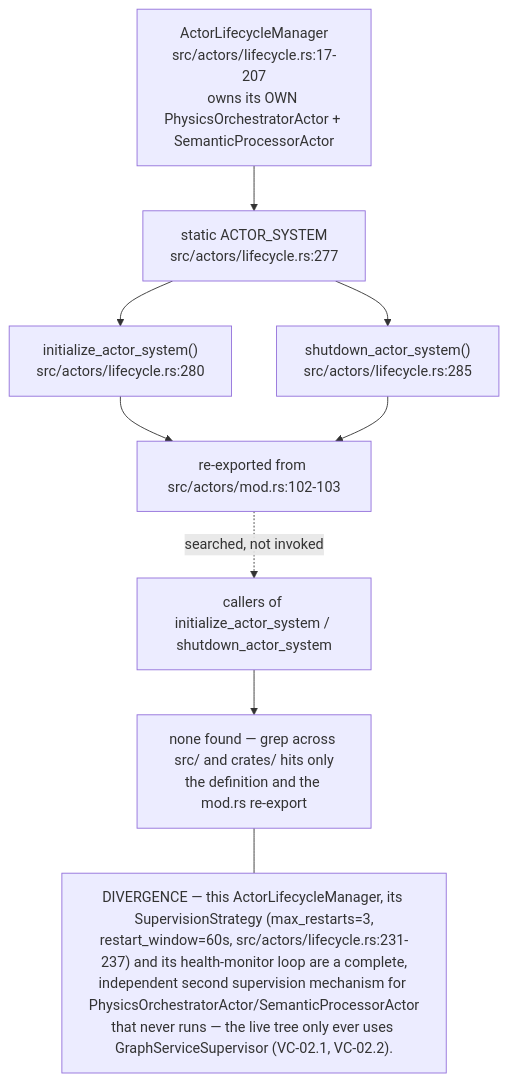
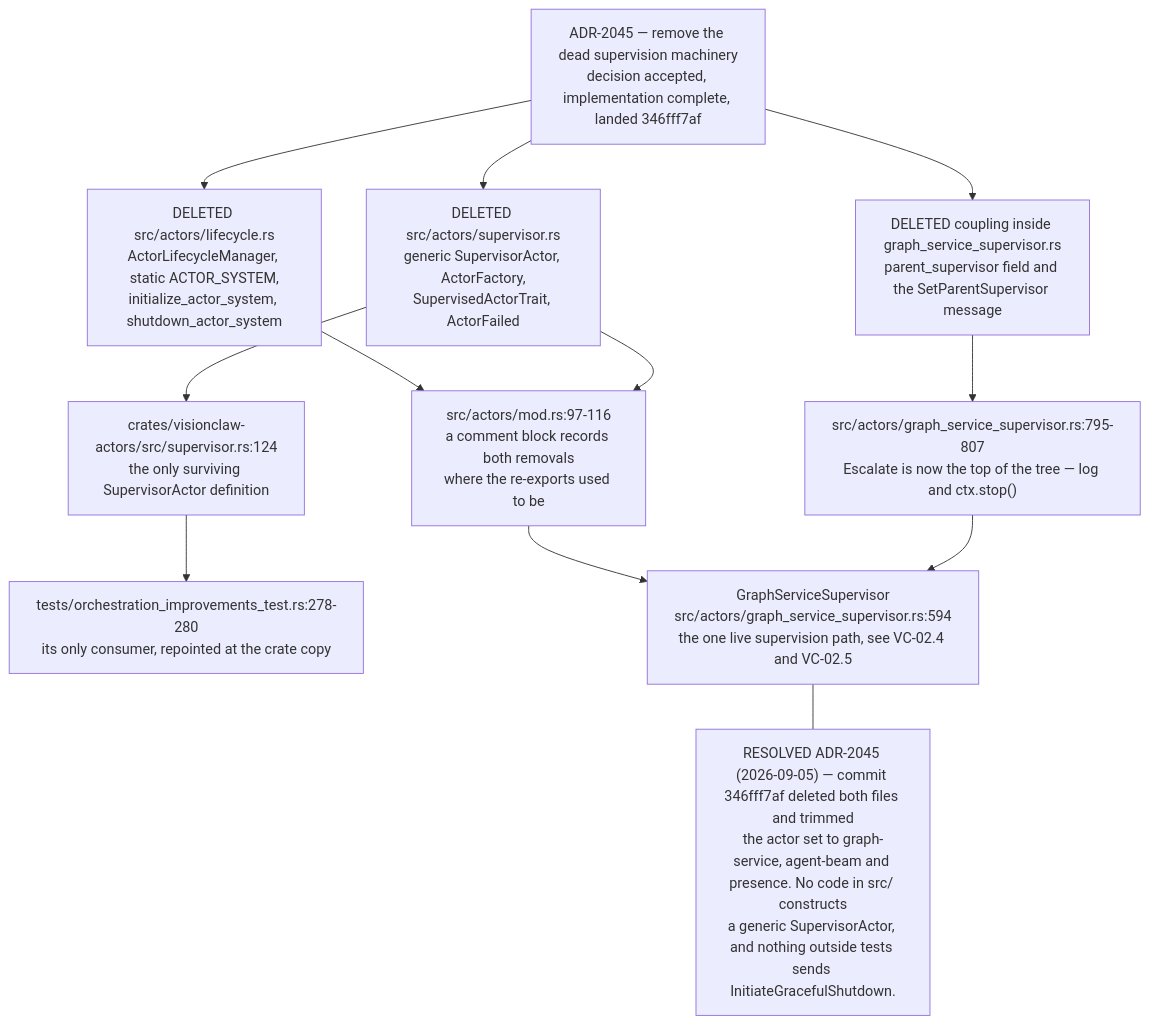
The seventh of 20 diagrams in docs/diagrams/visionclaw/02-actor-supervision.md (DreamLab-AI/AR-AI-Knowledge-Graph), drawn with Mermaid before and after one commit. The commit also changed other lines of this file and 172 other files, not shown here.

````diff
--- a/docs/diagrams/visionclaw/02-actor-supervision.md
+++ b/docs/diagrams/visionclaw/02-actor-supervision.md
@@ -277,20 +263,26 @@
 ```mermaid
 flowchart TB
-    LM["ActorLifecycleManager<br/>src/actors/lifecycle.rs:17-207<br/>owns its OWN PhysicsOrchestratorActor + SemanticProcessorActor"]
-    ACTOR_SYS["static ACTOR_SYSTEM<br/>src/actors/lifecycle.rs:277"]
-    INIT["initialize_actor_system()<br/>src/actors/lifecycle.rs:280"]
-    SHUT["shutdown_actor_system()<br/>src/actors/lifecycle.rs:285"]
-    REEXPORT["re-exported from src/actors/mod.rs:102-103"]
-    CALLERS["callers of initialize_actor_system / shutdown_actor_system"]
-    NONE["none found — grep across src/ and crates/ hits only\nthe definition and the mod.rs re-export"]
+    ADR["ADR-2045 — remove the dead supervision machinery<br/>decision accepted, implementation complete, landed 346fff7af"]
+    LIFE["DELETED src/actors/lifecycle.rs<br/>ActorLifecycleManager, static ACTOR_SYSTEM,<br/>initialize_actor_system, shutdown_actor_system"]
+    SUP["DELETED src/actors/supervisor.rs<br/>generic SupervisorActor, ActorFactory,<br/>SupervisedActorTrait, ActorFailed"]
+    COUP["DELETED coupling inside graph_service_supervisor.rs<br/>parent_supervisor field and the SetParentSupervisor message"]
+    MOD["src/actors/mod.rs:97-116<br/>a comment block records both removals<br/>where the re-exports used to be"]
+    ESC["src/actors/graph_service_supervisor.rs:795-807<br/>Escalate is now the top of the tree — log and ctx.stop()"]
+    CRATE["crates/visionclaw-actors/src/supervisor.rs:124<br/>the only surviving SupervisorActor definition"]
+    TEST["tests/orchestration_improvements_test.rs:278-280<br/>its only consumer, repointed at the crate copy"]
+    LIVE["GraphServiceSupervisor<br/>src/actors/graph_service_supervisor.rs:594<br/>the one live supervision path, see VC-02.4 and VC-02.5"]
 
-    LM --> ACTOR_SYS
-    ACTOR_SYS --> INIT
-    ACTOR_SYS --> SHUT
-    INIT --> REEXPORT
-    SHUT --> REEXPORT
-    REEXPORT -.->|"searched, not invoked"| CALLERS
-    CALLERS --> NONE
-    N1["DIVERGENCE — this ActorLifecycleManager, its SupervisionStrategy (max_restarts=3,<br/>restart_window=60s, src/actors/lifecycle.rs:231-237) and its health-monitor loop are a complete,<br/>independent second supervision mechanism for PhysicsOrchestratorActor/SemanticProcessorActor<br/>that never runs — the live tree only ever uses GraphServiceSupervisor (VC-02.1, VC-02.2)."]
-    NONE --- N1
+    ADR --> LIFE
+    ADR --> SUP
+    ADR --> COUP
+    LIFE --> MOD
+    SUP --> MOD
+    SUP --> CRATE
+    CRATE --> TEST
+    COUP --> ESC
+    MOD --> LIVE
+    ESC --> LIVE
+
+    N1["RESOLVED ADR-2045 (2026-09-05) — commit 346fff7af deleted both files and trimmed<br/>the actor set to graph-service, agent-beam and presence. No code in src/ constructs<br/>a generic SupervisorActor, and nothing outside tests sends InitiateGracefulShutdown."]
+    LIVE --- N1
 ```
````
